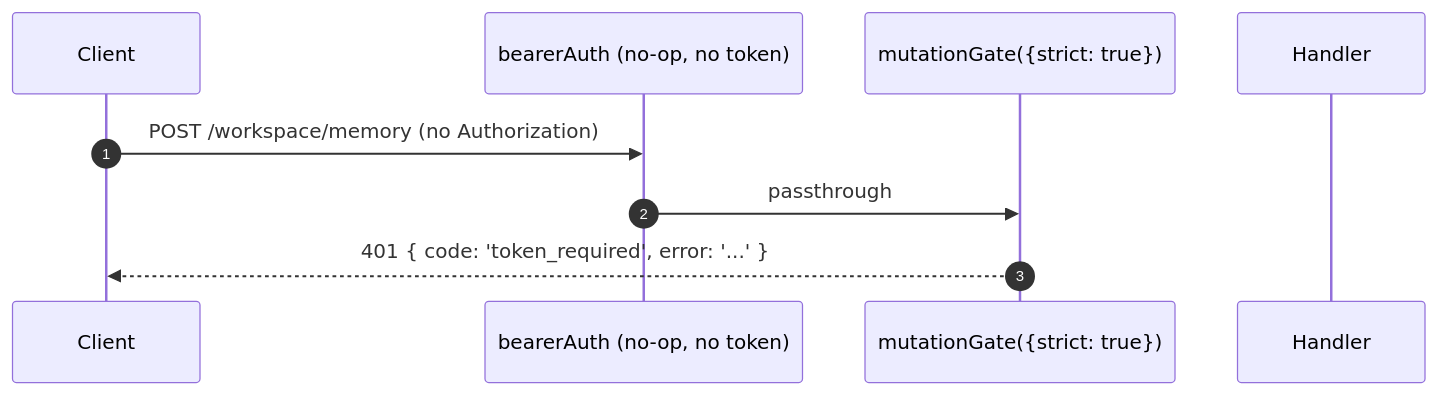
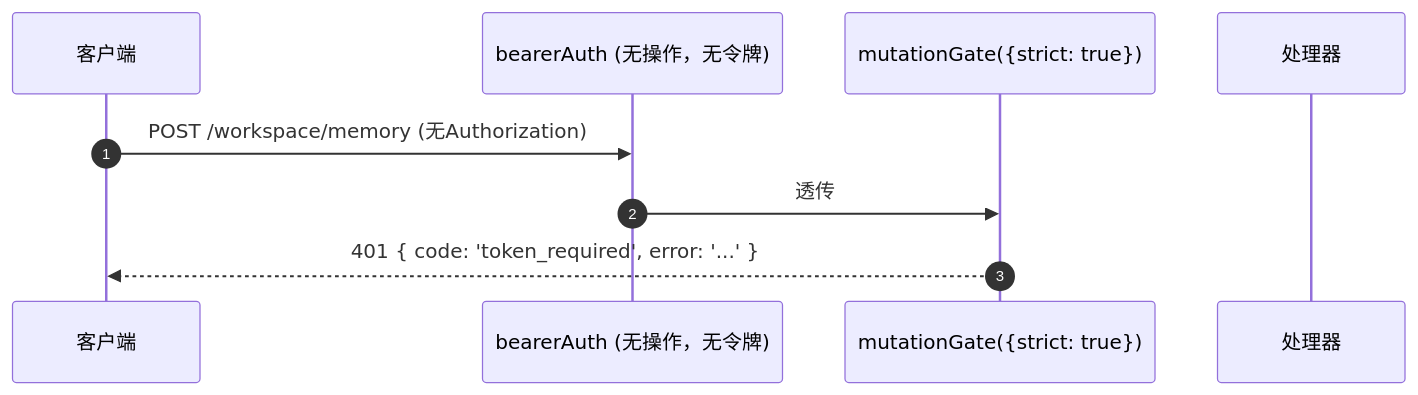
The fourth of 4 diagrams in website/content/zh/developers/daemon/12-auth-security.md (QwenLM/qwen-code-docs), drawn with Mermaid before and after one commit. The commit also changed other lines of this file and 1077 other files, not shown here.

````diff
--- a/website/content/zh/developers/daemon/12-auth-security.md
+++ b/website/content/zh/developers/daemon/12-auth-security.md
@@ -213,12 +213,12 @@
 ```mermaid
 sequenceDiagram
     autonumber
-    participant C as Client
-    participant BA as bearerAuth (no-op, no token)
+    participant C as 客户端
+    participant BA as bearerAuth (无操作，无令牌)
     participant MG as mutationGate({strict: true})
-    participant R as Handler
+    participant R as 处理器
 
-    C->>BA: POST /workspace/memory (no Authorization)
-    BA->>MG: passthrough
+    C->>BA: POST /workspace/memory (无Authorization)
+    BA->>MG: 透传
     MG-->>C: 401 { code: 'token_required', error: '...' }
 ```
````
